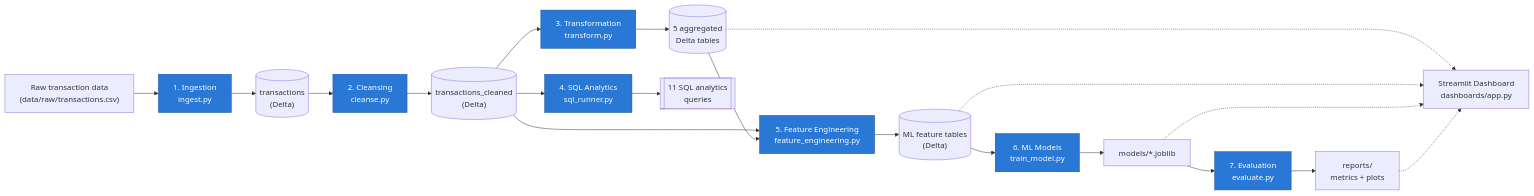
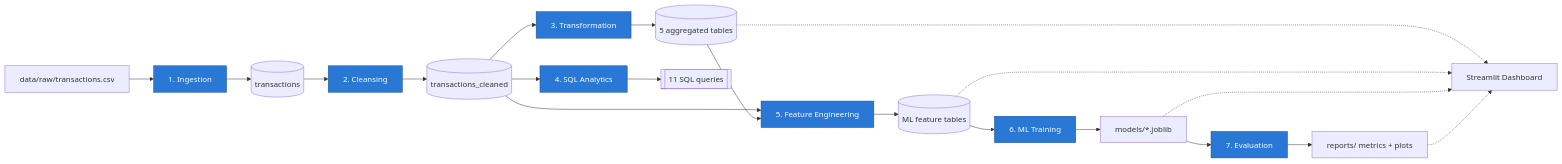
Before and after one commit to Chittalasailu/AI-Powered-Data-Analytics-Platform: the diagram in README.md, drawn with Mermaid. The commit also changed other lines of this file and 5 other files, not shown here.

````diff
--- a/README.md
+++ b/README.md
@@ -68,31 +67,25 @@
 ```mermaid
 flowchart LR
-    RAW["Raw transaction data\n(data/raw/transactions.csv)"] --> ING["1. Ingestion\ningest.py"]
-    ING --> TXN[("transactions\n(Delta)")]
-    TXN --> CLN["2. Cleansing\ncleanse.py"]
-    CLN --> TXC[("transactions_cleaned\n(Delta)")]
-
-    TXC --> TRF["3. Transformation\ntransform.py"]
-    TRF --> AGG[("5 aggregated\nDelta tables")]
-
-    TXC --> SQL["4. SQL Analytics\nsql_runner.py"]
-    SQL --> QRY[["11 SQL analytics\nqueries"]]
-
-    TXC --> FE["5. Feature Engineering\nfeature_engineering.py"]
+    RAW["data/raw/transactions.csv"] --> ING["1. Ingestion"]
+    ING --> TXN[("transactions")]
+    TXN --> CLN["2. Cleansing"]
+    CLN --> TXC[("transactions_cleaned")]
+    TXC --> TRF["3. Transformation"]
+    TRF --> AGG[("5 aggregated tables")]
+    TXC --> SQL["4. SQL Analytics"]
+    SQL --> QRY[["11 SQL queries"]]
+    TXC --> FE["5. Feature Engineering"]
     AGG --> FE
-    FE --> FEAT[("ML feature tables\n(Delta)")]
-
-    FEAT --> TRN["6. ML Models\ntrain_model.py"]
+    FE --> FEAT[("ML feature tables")]
+    FEAT --> TRN["6. ML Training"]
     TRN --> MDL["models/*.joblib"]
-
-    MDL --> EVL["7. Evaluation\nevaluate.py"]
-    EVL --> REP["reports/\nmetrics + plots"]
-
-    AGG -.-> DASH["Streamlit Dashboard\ndashboards/app.py"]
+    MDL --> EVL["7. Evaluation"]
+    EVL --> REP["reports/ metrics + plots"]
+    AGG -.-> DASH["Streamlit Dashboard"]
     FEAT -.-> DASH
     MDL -.-> DASH
     REP -.-> DASH
 
     classDef stage fill:#2a78d6,color:#fff,stroke:#184f95;
     class ING,CLN,TRF,SQL,FE,TRN,EVL stage;
 ```
````
